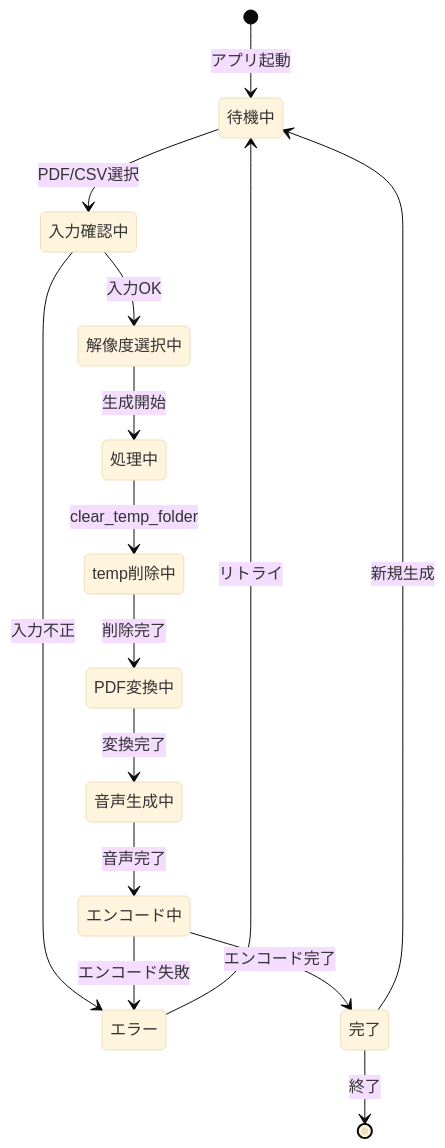
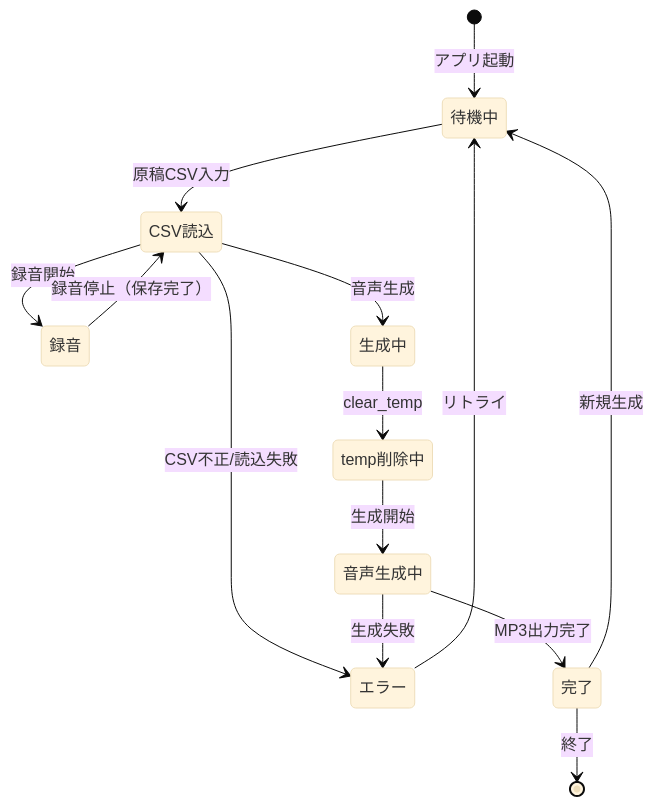
The third of 3 diagrams in specs/001-MyVoice-Maker/plan.md (J1921604/MyVoice-Maker), drawn with Mermaid (base theme) before and after one commit. The commit also changed other lines of this file and 35 other files, not shown here.

````diff
--- a/specs/001-MyVoice-Maker/plan.md
+++ b/specs/001-MyVoice-Maker/plan.md
@@ -169,20 +157,19 @@
 ```mermaid
 stateDiagram-v2
     [*] --> 待機中: アプリ起動
 
-    待機中 --> 入力確認中: PDF/CSV選択
-    入力確認中 --> エラー: 入力不正
-    入力確認中 --> 解像度選択中: 入力OK
+    待機中 --> CSV読込: 原稿CSV入力
+    CSV読込 --> エラー: CSV不正/読込失敗
+    CSV読込 --> 録音: 録音開始
+    録音 --> CSV読込: 録音停止（保存完了）
 
-    解像度選択中 --> 処理中: 生成開始
-    処理中 --> temp削除中: clear_temp_folder
-    temp削除中 --> PDF変換中: 削除完了
-    PDF変換中 --> 音声生成中: 変換完了
-    音声生成中 --> エンコード中: 音声完了
-    エンコード中 --> 完了: エンコード完了
-    エンコード中 --> エラー: エンコード失敗
+    CSV読込 --> 生成中: 音声生成
+    生成中 --> temp削除中: clear_temp
+    temp削除中 --> 音声生成中: 生成開始
+    音声生成中 --> 完了: MP3出力完了
+    音声生成中 --> エラー: 生成失敗
 
     エラー --> 待機中: リトライ
     完了 --> 待機中: 新規生成
     完了 --> [*]: 終了
 ```
````
